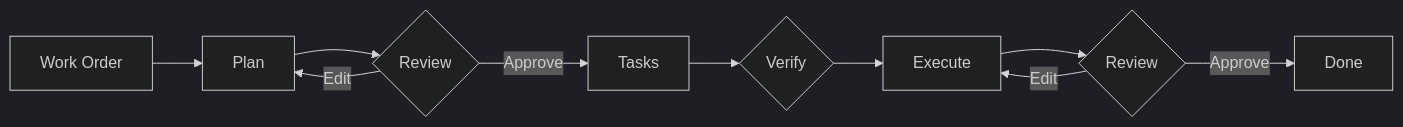
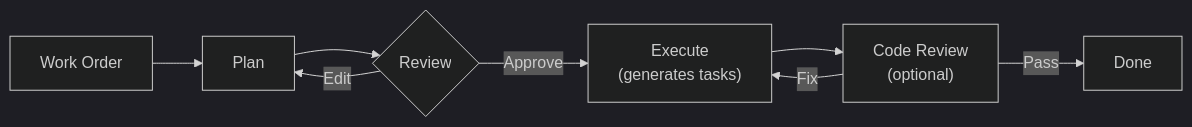
The diagram in docs/index.md (e0ipso/strikethroo), drawn with Mermaid (dark theme) before and after one commit. The commit also changed other lines of this file and 10 other files, not shown here.

````diff
--- a/docs/index.md
+++ b/docs/index.md
@@ -74,12 +82,10 @@
 ```mermaid
 flowchart LR
     A[Work Order] --> B[Plan]
     B --> C{Review}
     C -->|Edit| B
-    C -->|Approve| D[Tasks]
-    D --> E{Verify}
-    E --> G[Execute]
-    G --> H{Review}
-    H -->|Edit| G
-    H -->|Approve| J[Done]
+    C -->|Approve| G["Execute<br/>(generates tasks)"]
+    G --> H["Code Review<br/>(optional)"]
+    H -->|Fix| G
+    H -->|Pass| J[Done]
 ```
````
